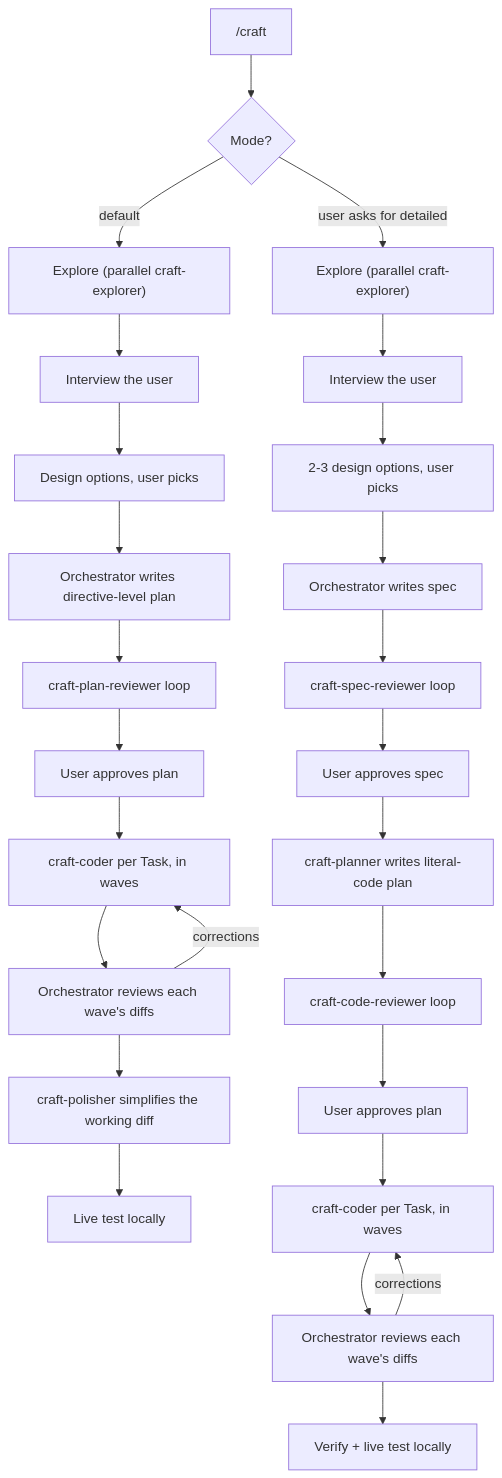
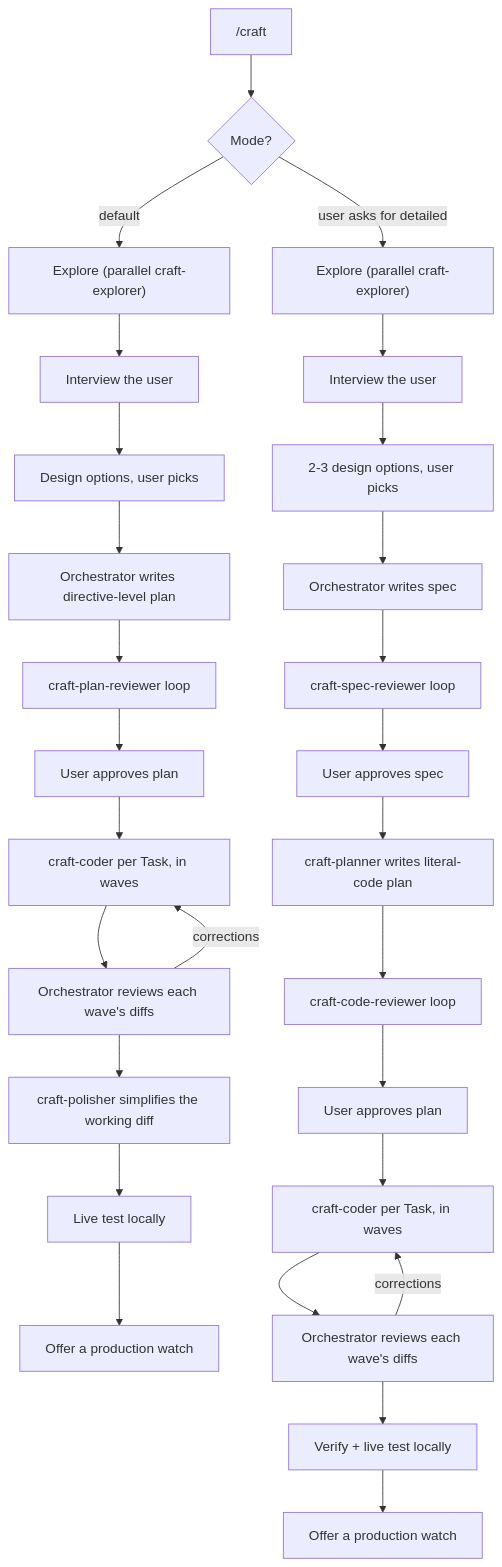
Before and after one commit to AidenHadisi/craft: the diagram in README.md, drawn with Mermaid. The commit also changed other lines of this file and 6 other files, not shown here.

First line of the commit message:
feat: add craft-watch skill for scheduled production monitoring

````diff
--- a/README.md
+++ b/README.md
@@ -41,29 +43,31 @@
 ```mermaid
 flowchart TD
     start["/craft"] --> mode{"Mode?"}
     mode -->|default| qexplore["Explore (parallel craft-explorer)"]
     qexplore --> qinterview["Interview the user"]
     qinterview --> qdesigns["Design options, user picks"]
     qdesigns --> qplan["Orchestrator writes directive-level plan"]
     qplan --> qplanrev["craft-plan-reviewer loop"]
     qplanrev --> qgate["User approves plan"]
     qgate --> qbuild["craft-coder per Task, in waves"]
     qbuild --> qreview["Orchestrator reviews each wave's diffs"]
     qreview -->|corrections| qbuild
     qreview --> qpolish["craft-polisher simplifies the working diff"]
     qpolish --> qverify["Live test locally"]
+    qverify --> qwatch["Offer a production watch"]
 
     mode -->|"user asks for detailed"| dexplore["Explore (parallel craft-explorer)"]
     dexplore --> interview["Interview the user"]
     interview --> designs["2-3 design options, user picks"]
     designs --> spec["Orchestrator writes spec"]
     spec --> specrev["craft-spec-reviewer loop"]
     specrev --> specgate["User approves spec"]
     specgate --> planner["craft-planner writes literal-code plan"]
     planner --> coderev["craft-code-reviewer loop"]
     coderev --> plangate["User approves plan"]
     plangate --> dbuild["craft-coder per Task, in waves"]
     dbuild --> dreview["Orchestrator reviews each wave's diffs"]
     dreview -->|corrections| dbuild
     dreview --> dverify["Verify + live test locally"]
+    dverify --> dwatch["Offer a production watch"]
 ```
````
